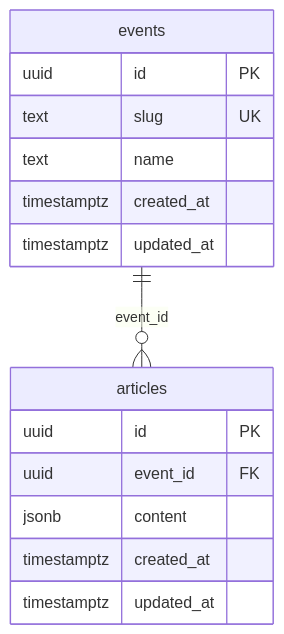
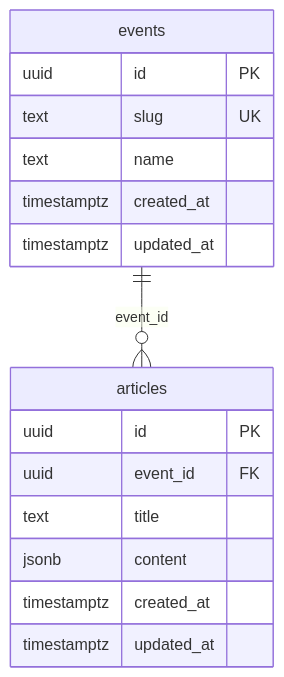
Before and after one commit to Studio-Takumi/fesp-suite: the diagram in docs/db.md, drawn with Mermaid. The commit also changed other lines of this file and 3 other files, not shown here.

````diff
--- a/docs/db.md
+++ b/docs/db.md
@@ -3,20 +3,21 @@
 ```mermaid
 erDiagram
     events ||--o{ articles : "event_id"
 
     events {
         uuid id PK
         text slug UK
         text name
         timestamptz created_at
         timestamptz updated_at
     }
 
     articles {
         uuid id PK
         uuid event_id FK
+        text title
         jsonb content
         timestamptz created_at
         timestamptz updated_at
     }
 ```
````
